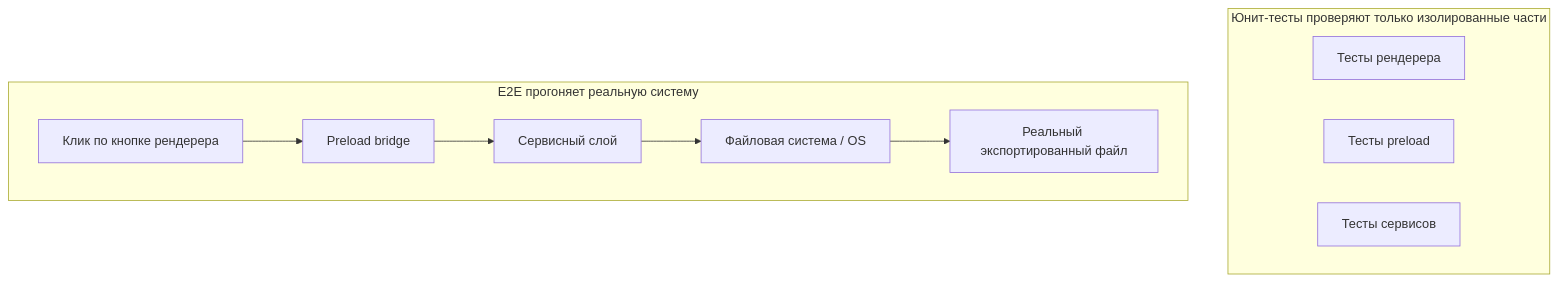
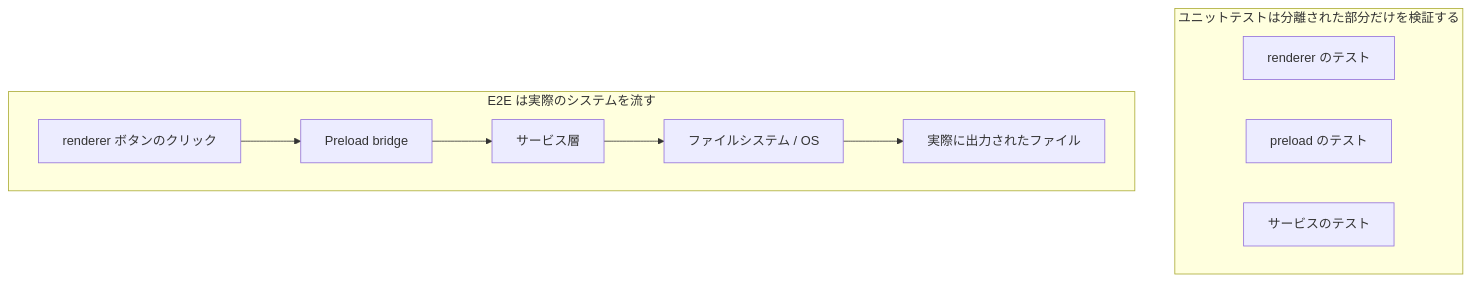
Before and after one commit to mkusaka/learn-harness-engineering: the first of 2 diagrams in docs/ru/lectures/lecture-10-why-end-to-end-testing-changes-results/index.md, drawn with Mermaid. The commit also changed other lines of this file and 571 other files, not shown here.

````diff
--- a/docs/ru/lectures/lecture-10-why-end-to-end-testing-changes-results/index.md
+++ b/docs/ru/lectures/lecture-10-why-end-to-end-testing-changes-results/index.md
@@ -36,15 +36,15 @@
 ```mermaid
 flowchart TB
-    subgraph Unit["Юнит-тесты проверяют только изолированные части"]
-    U1["Тесты рендерера"]
-    U2["Тесты preload"]
-    U3["Тесты сервисов"]
+    subgraph Unit["ユニットテストは分離された部分だけを検証する"]
+    U1["renderer のテスト"]
+    U2["preload のテスト"]
+    U3["サービスのテスト"]
     end
 
-    subgraph E2E["E2E прогоняет реальную систему"]
-    R["Клик по кнопке рендерера"] --> P["Preload bridge"]
-    P --> S["Сервисный слой"]
-    S --> F["Файловая система / OS"]
-    F --> Result["Реальный экспортированный файл"]
+    subgraph E2E["E2E は実際のシステムを流す"]
+    R["renderer ボタンのクリック"] --> P["Preload bridge"]
+    P --> S["サービス層"]
+    S --> F["ファイルシステム / OS"]
+    F --> Result["実際に出力されたファイル"]
     end
 ```
````
